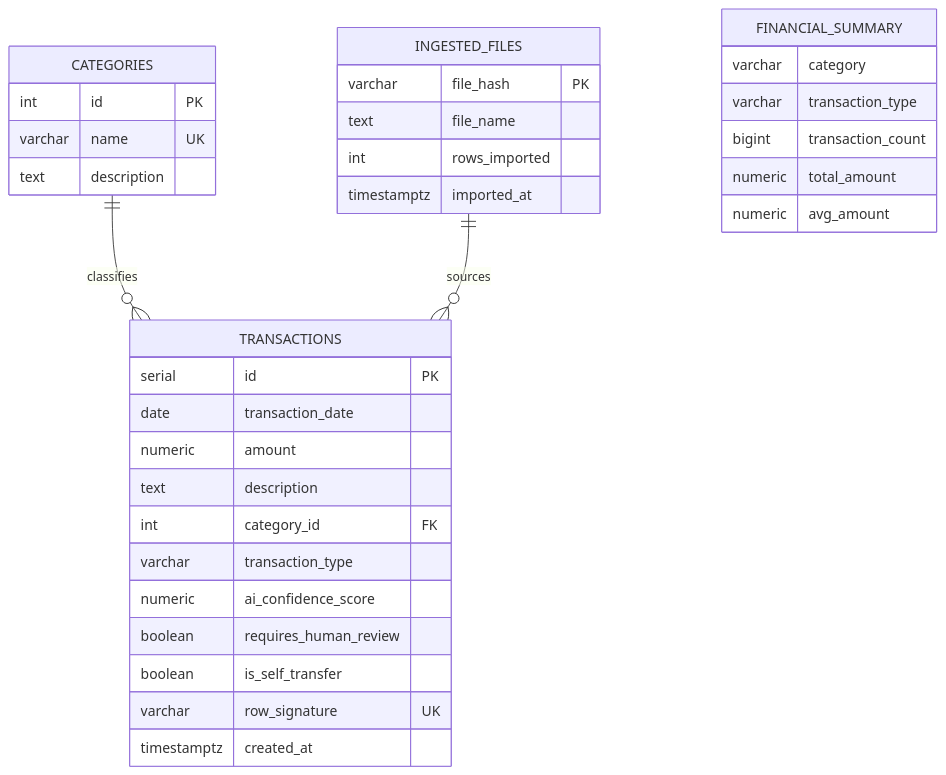
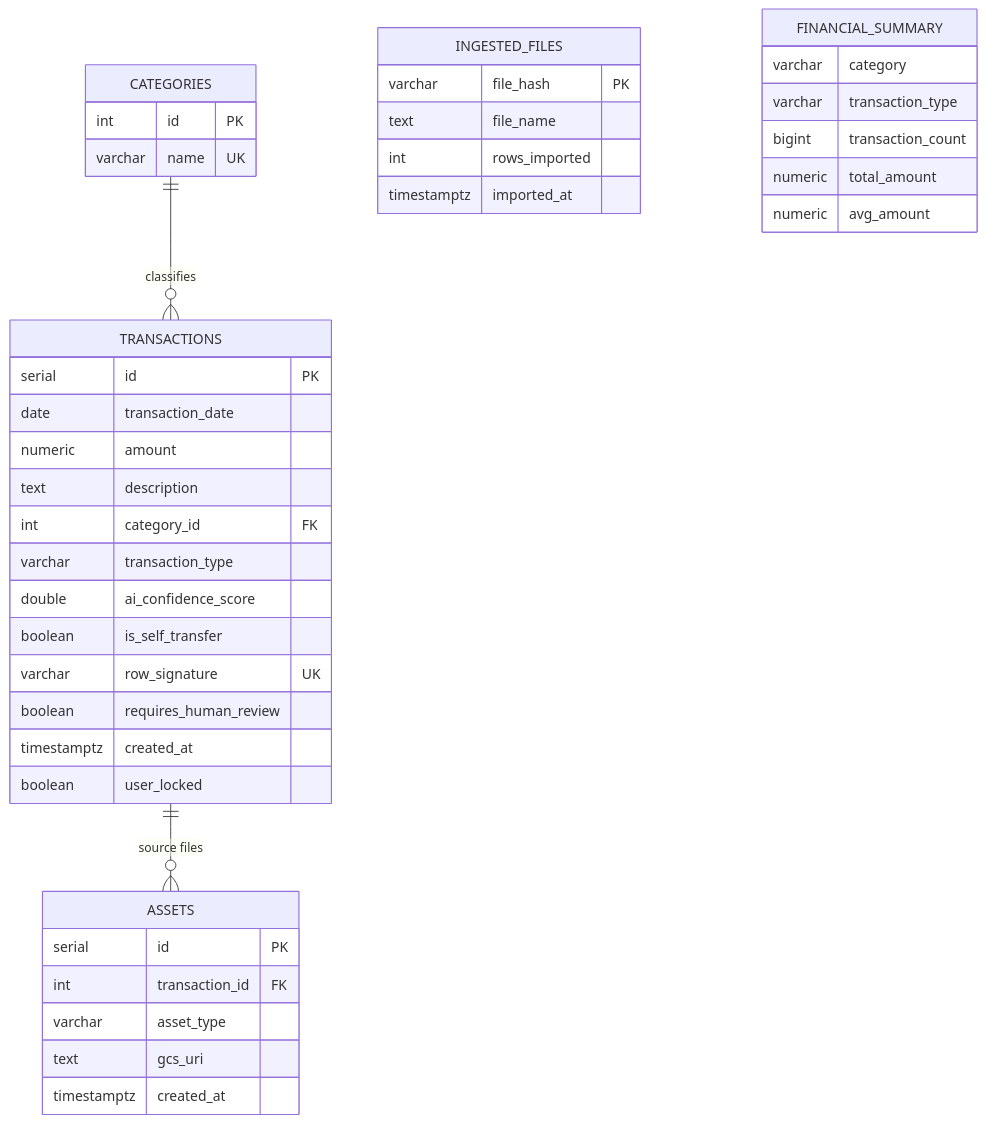
One commit to Rohit792A/personal-finance-agent changed the second of 3 diagrams in docs/APPLICATION_ARCHITECTURE.md. Above: the diagram before and after it, drawn with Mermaid. The commit also changed other lines of this file and 15 other files, not shown here.

Commit message:
docs: align public architecture docs, README and docstrings with verified code and DEC-065

````diff
--- a/docs/APPLICATION_ARCHITECTURE.md
+++ b/docs/APPLICATION_ARCHITECTURE.md
@@ -191,40 +202,48 @@
 ```mermaid
 erDiagram
     CATEGORIES ||--o{ TRANSACTIONS : "classifies"
-    INGESTED_FILES ||--o{ TRANSACTIONS : "sources"
+    TRANSACTIONS ||--o{ ASSETS : "source files"
 
     CATEGORIES {
         int id PK
         varchar name UK
-        text description
     }
 
     TRANSACTIONS {
         serial id PK
         date transaction_date
         numeric amount
         text description
         int category_id FK
         varchar transaction_type
-        numeric ai_confidence_score
-        boolean requires_human_review
+        double ai_confidence_score
         boolean is_self_transfer
         varchar row_signature UK
+        boolean requires_human_review
+        timestamptz created_at
+        boolean user_locked
+    }
+
+    ASSETS {
+        serial id PK
+        int transaction_id FK
+        varchar asset_type
+        text gcs_uri
         timestamptz created_at
     }
 
     INGESTED_FILES {
         varchar file_hash PK
         text file_name
         int rows_imported
         timestamptz imported_at
     }
 
     FINANCIAL_SUMMARY {
         varchar category
         varchar transaction_type
         bigint transaction_count
         numeric total_amount
         numeric avg_amount
     }
 ```
````
